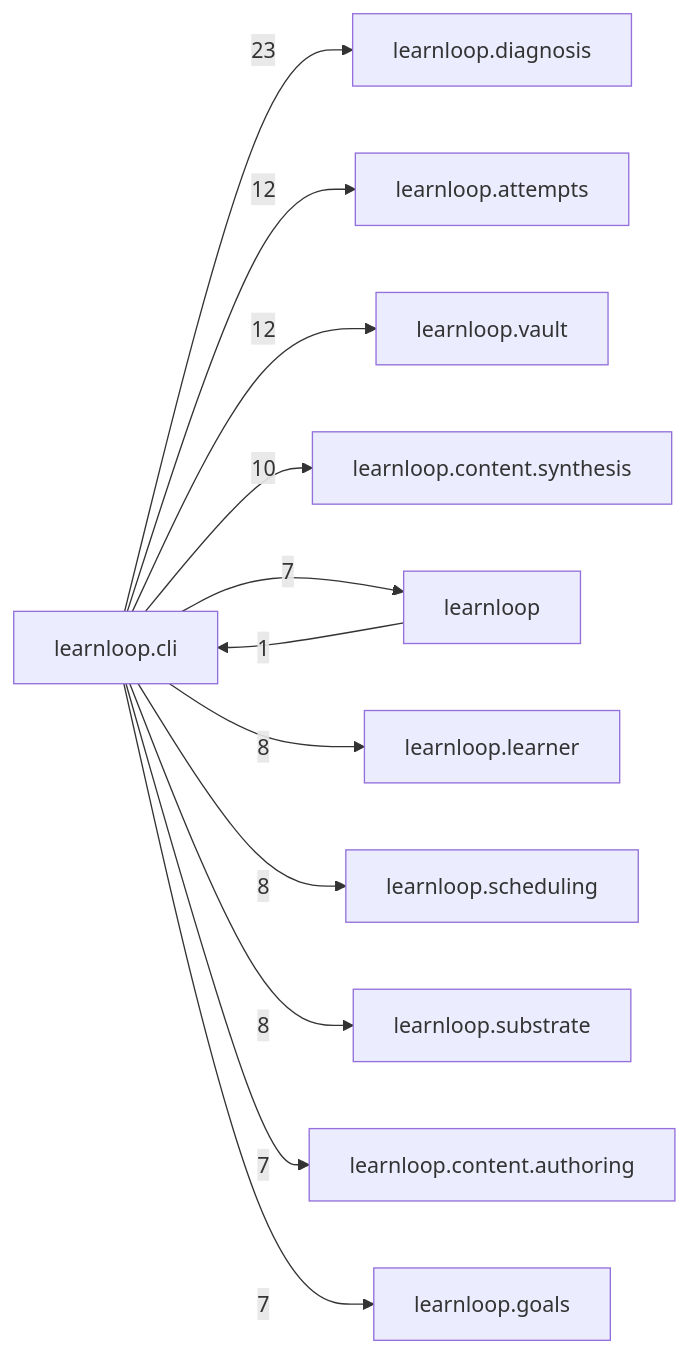
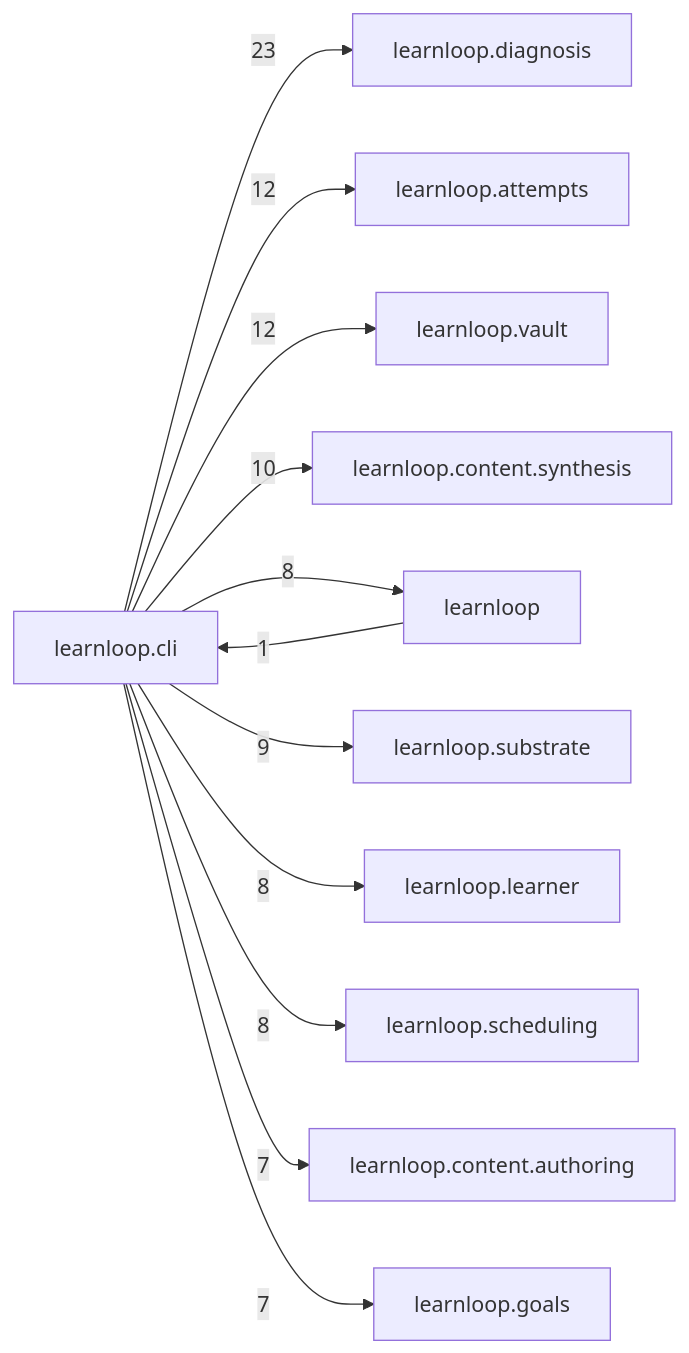
The diagram in docs/learnloop-architecture-vault/Reference/Modules/learnloop/cli/_package.md (6up-b/learnanything), drawn with Mermaid before and after one commit. The commit also changed other lines of this file and 24 other files, not shown here.

````diff
--- a/docs/learnloop-architecture-vault/Reference/Modules/learnloop/cli/_package.md
+++ b/docs/learnloop-architecture-vault/Reference/Modules/learnloop/cli/_package.md
@@ -132,25 +132,25 @@
 ```mermaid
 flowchart LR
     center["learnloop.cli"]
     n_learnloop_diagnosis["learnloop.diagnosis"]
     n_learnloop_attempts["learnloop.attempts"]
     n_learnloop_vault["learnloop.vault"]
     n_learnloop_content_synthesis["learnloop.content.synthesis"]
     n_learnloop["learnloop"]
+    n_learnloop_substrate["learnloop.substrate"]
     n_learnloop_learner["learnloop.learner"]
     n_learnloop_scheduling["learnloop.scheduling"]
-    n_learnloop_substrate["learnloop.substrate"]
     n_learnloop_content_authoring["learnloop.content.authoring"]
     n_learnloop_goals["learnloop.goals"]
     center -->|23| n_learnloop_diagnosis
     center -->|12| n_learnloop_attempts
     center -->|12| n_learnloop_vault
     center -->|10| n_learnloop_content_synthesis
     n_learnloop -->|1| center
-    center -->|7| n_learnloop
+    center -->|8| n_learnloop
+    center -->|9| n_learnloop_substrate
     center -->|8| n_learnloop_learner
     center -->|8| n_learnloop_scheduling
-    center -->|8| n_learnloop_substrate
     center -->|7| n_learnloop_content_authoring
     center -->|7| n_learnloop_goals
 ```
````
